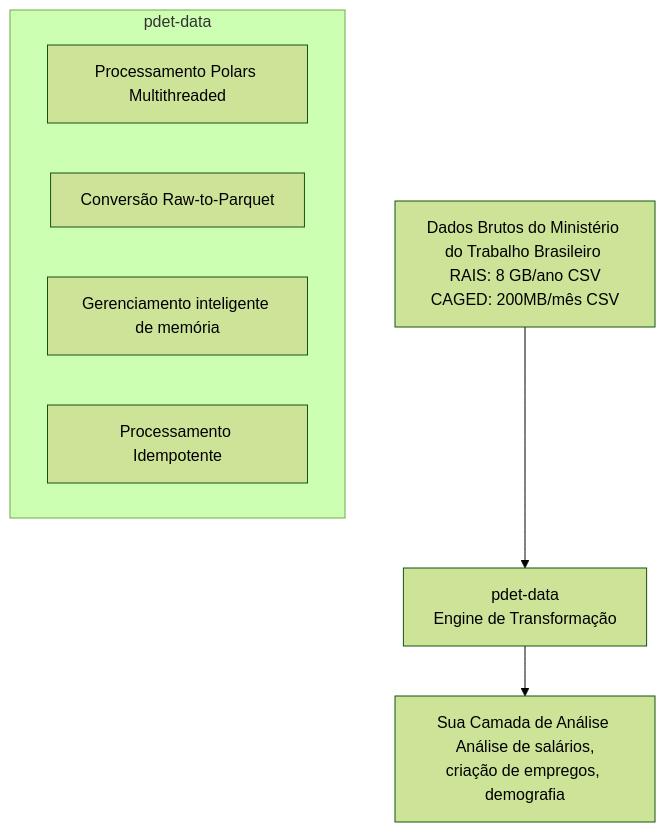
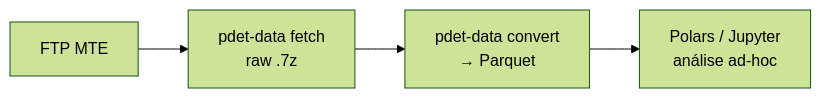
Before and after one commit to Quantilica/docs: the first of 2 diagrams in docs/trabalho/index.md, drawn with Mermaid (forest theme). The commit also changed other lines of this file and 17 other files, not shown here.

````diff
--- a/docs/trabalho/index.md
+++ b/docs/trabalho/index.md
@@ -39,13 +21,6 @@
 ```mermaid
-graph TD
-    A[Dados Brutos do Ministério do Trabalho Brasileiro <br/> RAIS: 8 GB/ano CSV CAGED: 200MB/mês CSV] --> B[pdet-data <br/> Engine de Transformação]
-    
-    subgraph pdet-data
-        B1[Processamento Polars Multithreaded]
-        B2[Conversão Raw-to-Parquet]
-        B3[Gerenciamento inteligente de memória]
-        B4[Processamento Idempotente]
-    end
-    
-    B --> C[Sua Camada de Análise <br/> Análise de salários, criação de empregos, demografia]
+graph LR
+    A[FTP MTE] --> B[pdet-data fetch<br/>raw .7z]
+    B --> C[pdet-data convert<br/>→ Parquet]
+    C --> D[Polars / Jupyter<br/>análise ad-hoc]
 ```
````
